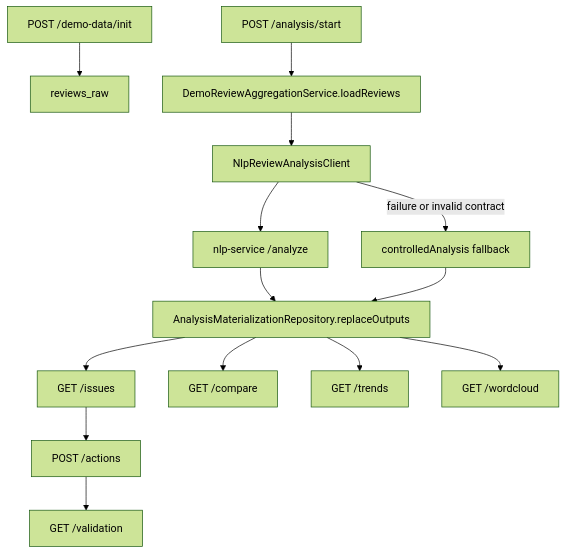
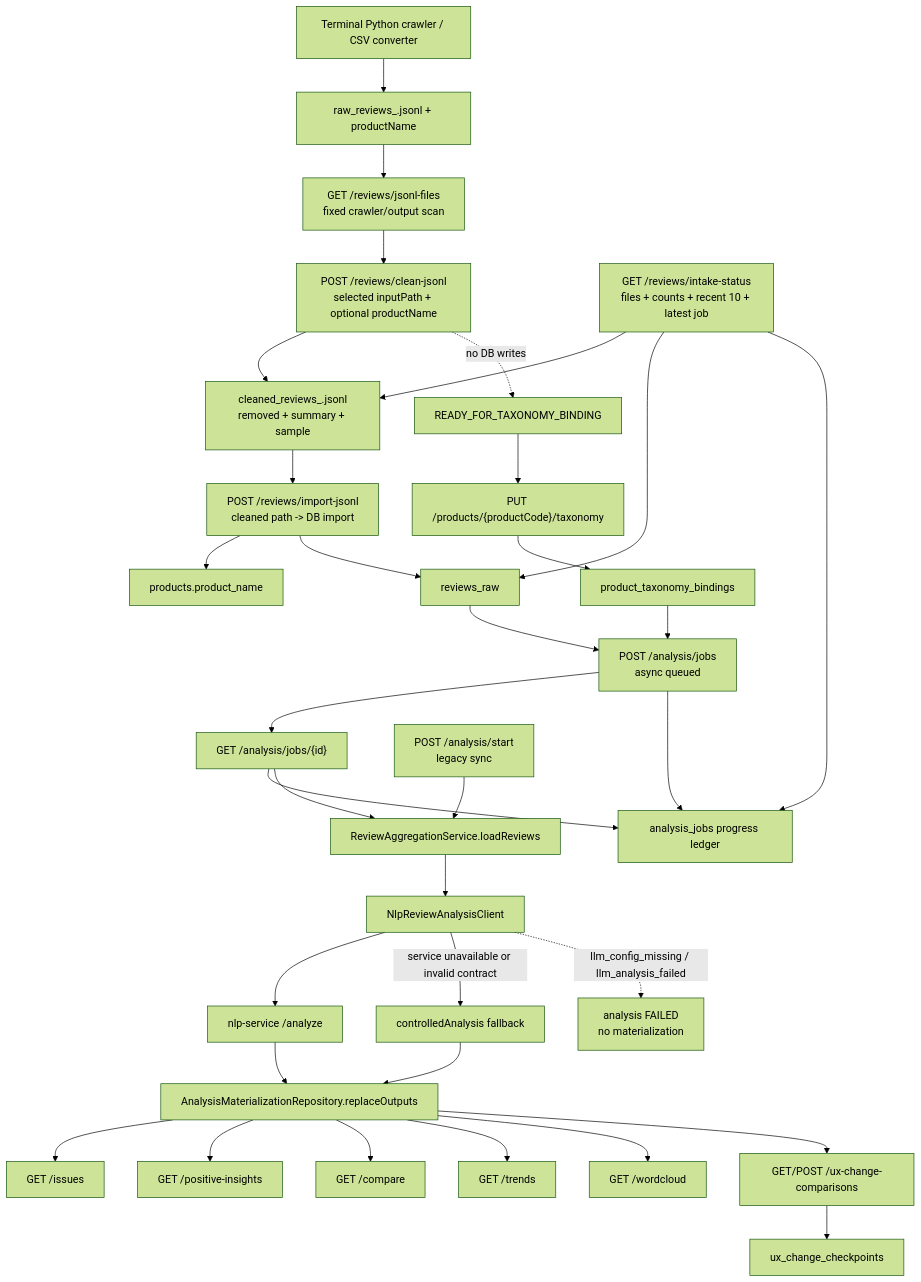
One commit to wxy123-wh/review-analyzer changed the third of 4 diagrams in .nexus-map/arch/dependencies.md. Above: the diagram before and after it, drawn with Mermaid (forest theme). The commit also changed other lines of this file and 378 other files, not shown here.

````diff
--- a/.nexus-map/arch/dependencies.md
+++ b/.nexus-map/arch/dependencies.md
@@ -40,16 +49,36 @@
 ```mermaid
 flowchart TB
-  DemoData["POST /demo-data/init"] --> RawReviews["reviews_raw"]
-  Analysis["POST /analysis/start"] --> LoadReviews["DemoReviewAggregationService.loadReviews"]
+  TerminalCrawl["Terminal Python crawler / CSV converter"] --> RawJsonl["raw_reviews_<productCode>.jsonl + productName"]
+  RawJsonl --> Discovery["GET /reviews/jsonl-files\nfixed crawler/output scan"]
+  Discovery --> CleanJsonl["POST /reviews/clean-jsonl\nselected inputPath + optional productName"]
+  CleanJsonl --> CleanedJsonl["cleaned_reviews_<productCode>.jsonl\nremoved + summary + sample"]
+  CleanJsonl -. no DB writes .-> Handoff["READY_FOR_TAXONOMY_BINDING"]
+  Status["GET /reviews/intake-status\nfiles + counts + recent 10 + latest job"] --> CleanedJsonl
+  Status --> ReviewsRaw
+  Status --> AnalysisJobTable["analysis_jobs progress ledger"]
+  Handoff --> Taxonomy["PUT /products/{productCode}/taxonomy"]
+  CleanedJsonl --> ImportDb["POST /reviews/import-jsonl\ncleaned path -> DB import"]
+  ImportDb --> ProductName["products.product_name"]
+  ImportDb --> ReviewsRaw["reviews_raw"]
+  Taxonomy --> ProductBinding["product_taxonomy_bindings"]
+  Analysis["POST /analysis/jobs\nasync queued"] --> JobPoll["GET /analysis/jobs/{id}"]
+  Analysis --> AnalysisJobTable
+  JobPoll --> AnalysisJobTable
+  SyncAnalysis["POST /analysis/start\nlegacy sync"] --> LoadReviews["ReviewAggregationService.loadReviews"]
+  JobPoll --> LoadReviews["ReviewAggregationService.loadReviews"]
+  ProductBinding --> Analysis
+  ReviewsRaw --> Analysis
   LoadReviews --> NLPClient["NlpReviewAnalysisClient"]
   NLPClient --> NLPAnalyze["nlp-service /analyze"]
-  NLPClient -->|failure or invalid contract| Controlled["controlledAnalysis fallback"]
+  NLPClient -->|service unavailable or invalid contract| Controlled["controlledAnalysis fallback"]
+  NLPClient -. llm_config_missing / llm_analysis_failed .-> FailedJob["analysis FAILED\nno materialization"]
   NLPAnalyze --> Materialize["AnalysisMaterializationRepository.replaceOutputs"]
   Controlled --> Materialize
   Materialize --> Issues["GET /issues"]
+  Materialize --> Positive["GET /positive-insights"]
   Materialize --> Compare["GET /compare"]
   Materialize --> Trends["GET /trends"]
   Materialize --> WordCloud["GET /wordcloud"]
-  Issues --> Actions["POST /actions"]
-  Actions --> Validation["GET /validation"]
+  Materialize --> UxChange["GET/POST /ux-change-comparisons"]
+  UxChange --> Checkpoints["ux_change_checkpoints"]
 ```
````
